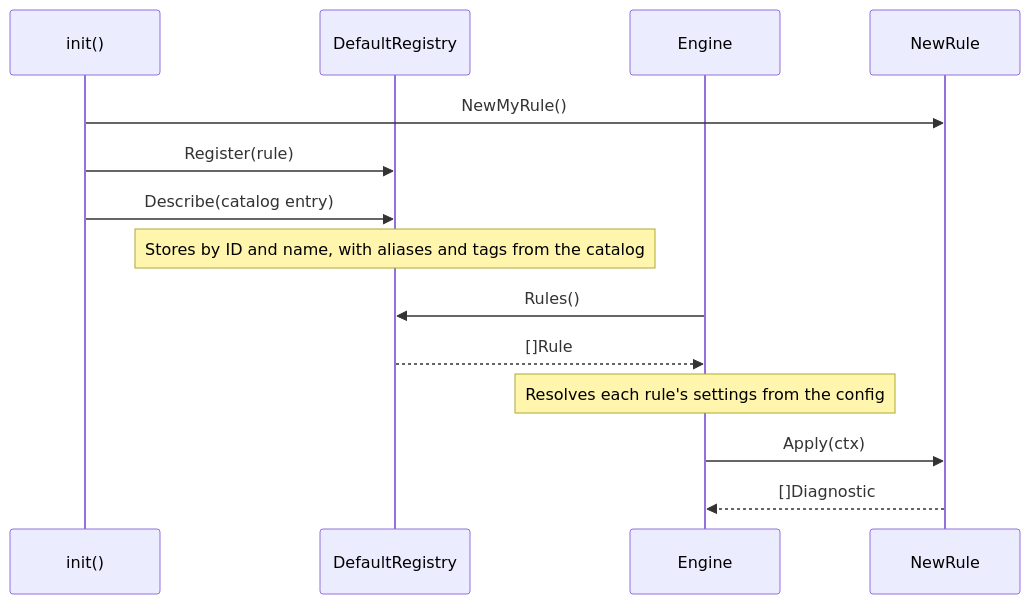
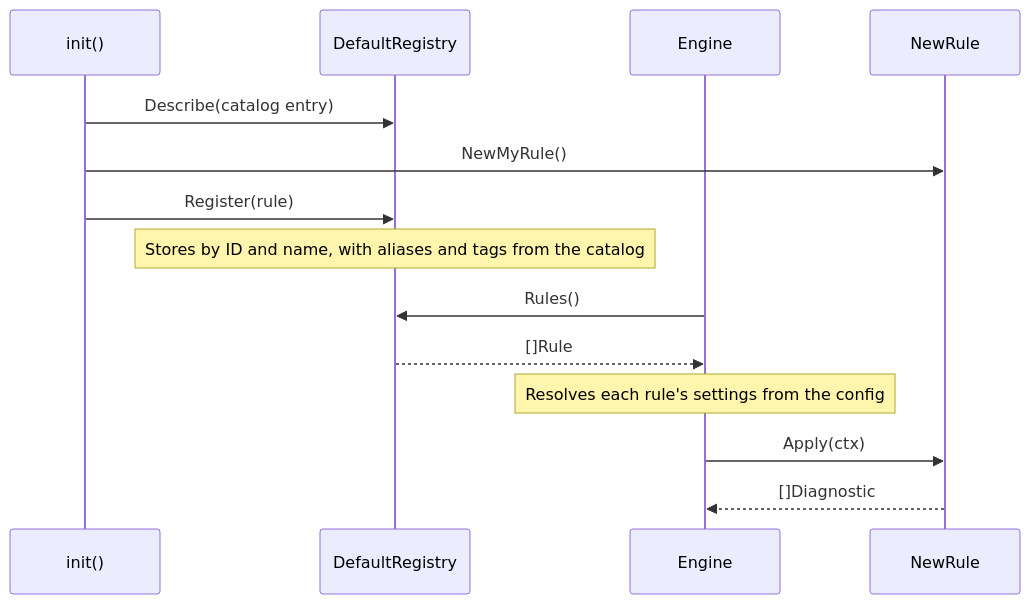
Before and after one commit to yaklabco/gomdlint: the sixth of 12 diagrams in docs/ARCHITECTURE.md, drawn with Mermaid. The commit also changed other lines of this file and 5 other files, not shown here.

First line of the commit message:
fix(lint): hide a catalog entry from rules it does not describe

````diff
--- a/docs/ARCHITECTURE.md
+++ b/docs/ARCHITECTURE.md
@@ -921,18 +925,18 @@
 ```mermaid
 sequenceDiagram
     participant init as init()
     participant registry as DefaultRegistry
     participant engine as Engine
     participant rule as NewRule
 
+    init->>registry: Describe(catalog entry)
     init->>rule: NewMyRule()
     init->>registry: Register(rule)
-    init->>registry: Describe(catalog entry)
     Note over registry: Stores by ID and name, with aliases and tags from the catalog
 
     engine->>registry: Rules()
     registry-->>engine: []Rule
     Note over engine: Resolves each rule's settings from the config
     engine->>rule: Apply(ctx)
     rule-->>engine: []Diagnostic
 ```
````
